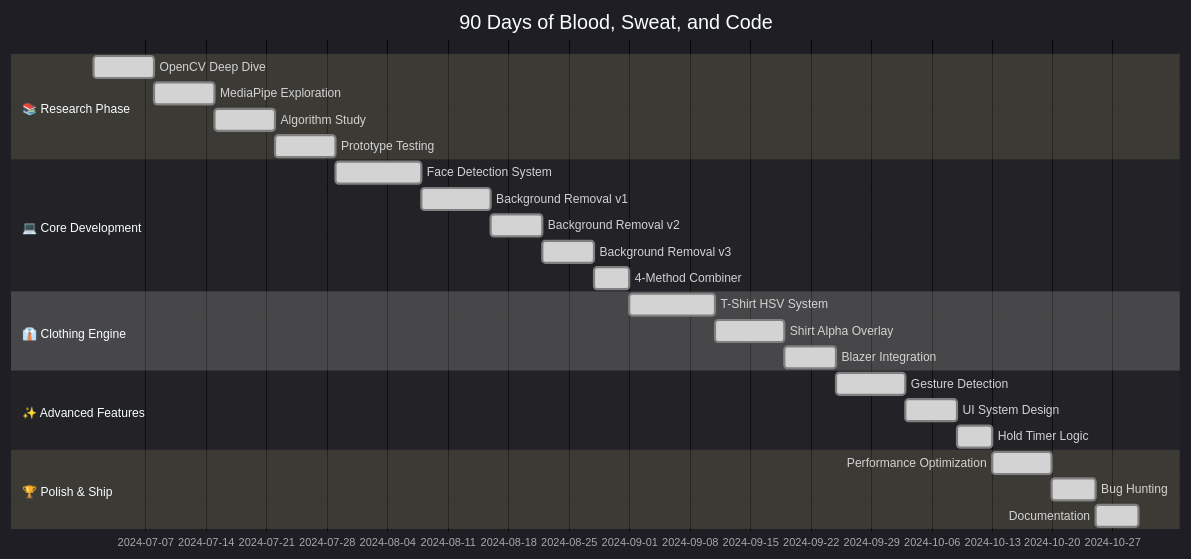
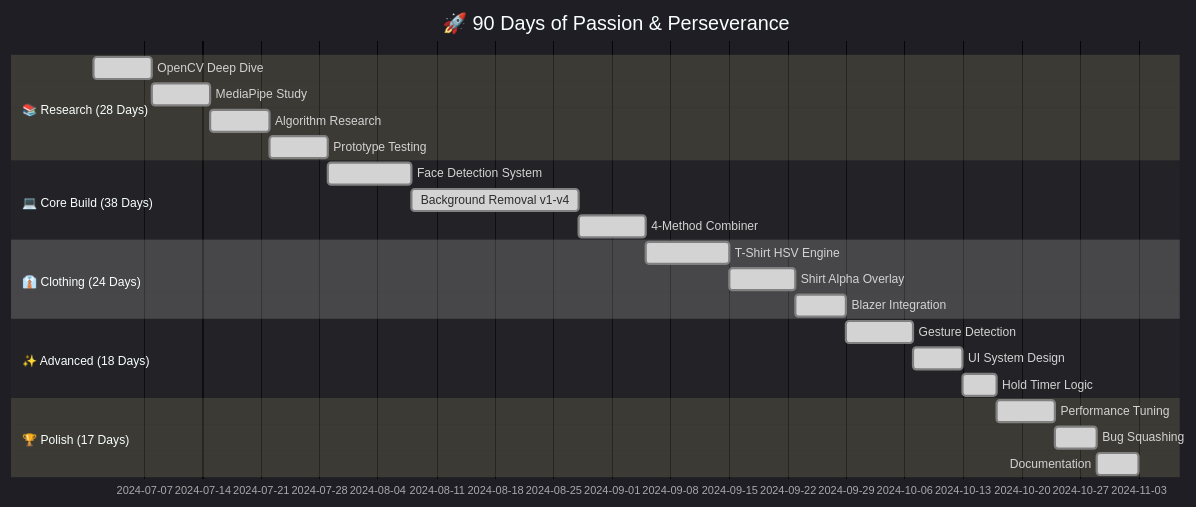
Before and after one commit to alam025/AI_Professional_Makeover: the third of 3 diagrams in readme.md, drawn with Mermaid. The commit also changed other lines of this file, not shown here.

````diff
--- a/readme.md
+++ b/readme.md
@@ -736,34 +766,32 @@
 ```mermaid
-%%{init: {'theme':'dark', 'themeVariables': { 'primaryColor':'#667EEA','secondaryColor':'#06A77D','tertiaryColor':'#F77F00'}}}%%
+%%{init: {'theme':'dark', 'themeVariables': { 'primaryColor':'#667EEA','secondaryColor':'#06A77D','tertiaryColor':'#F87171'}}}%%
 gantt
-    title 90 Days of Blood, Sweat, and Code
-    dateFormat  YYYY-MM-DD
+    title 🚀 90 Days of Passion & Perseverance
+    dateFormat YYYY-MM-DD
     
-    section 📚 Research Phase
-    OpenCV Deep Dive          :done, phase1, 2024-07-01, 7d
-    MediaPipe Exploration     :done, phase2, 2024-07-08, 7d
-    Algorithm Study           :done, phase3, 2024-07-15, 7d
-    Prototype Testing         :done, phase4, 2024-07-22, 7d
+    section 📚 Research (28 Days)
+    OpenCV Deep Dive          :done, r1, 2024-07-01, 7d
+    MediaPipe Study           :done, r2, 2024-07-08, 7d
+    Algorithm Research        :done, r3, 2024-07-15, 7d
+    Prototype Testing         :done, r4, 2024-07-22, 7d
     
-    section 💻 Core Development
-    Face Detection System     :done, core1, 2024-07-29, 10d
-    Background Removal v1     :done, core2, 2024-08-08, 8d
-    Background Removal v2     :done, core3, 2024-08-16, 6d
-    Background Removal v3     :done, core4, 2024-08-22, 6d
-    4-Method Combiner         :done, core5, 2024-08-28, 4d
+    section 💻 Core Build (38 Days)
+    Face Detection System     :done, c1, 2024-07-29, 10d
+    Background Removal v1-v4  :done, c2, 2024-08-08, 20d
+    4-Method Combiner         :done, c3, 2024-08-28, 8d
     
-    section 👔 Clothing Engine
-    T-Shirt HSV System        :done, cloth1, 2024-09-01, 10d
-    Shirt Alpha Overlay       :done, cloth2, 2024-09-11, 8d
-    Blazer Integration        :done, cloth3, 2024-09-19, 6d
+    section 👔 Clothing (24 Days)
+    T-Shirt HSV Engine        :done, cl1, 2024-09-05, 10d
+    Shirt Alpha Overlay       :done, cl2, 2024-09-15, 8d
+    Blazer Integration        :done, cl3, 2024-09-23, 6d
     
-    section ✨ Advanced Features
-    Gesture Detection         :done, adv1, 2024-09-25, 8d
-    UI System Design          :done, adv2, 2024-10-03, 6d
-    Hold Timer Logic          :done, adv3, 2024-10-09, 4d
+    section ✨ Advanced (18 Days)
+    Gesture Detection         :done, a1, 2024-09-29, 8d
+    UI System Design          :done, a2, 2024-10-07, 6d
+    Hold Timer Logic          :done, a3, 2024-10-13, 4d
     
-    section 🏆 Polish & Ship
-    Performance Optimization  :done, final1, 2024-10-13, 7d
-    Bug Hunting               :done, final2, 2024-10-20, 5d
-    Documentation             :done, final3, 2024-10-25, 5d
+    section 🏆 Polish (17 Days)
+    Performance Tuning        :done, p1, 2024-10-17, 7d
+    Bug Squashing             :done, p2, 2024-10-24, 5d
+    Documentation             :done, p3, 2024-10-29, 5d
 ```
````
